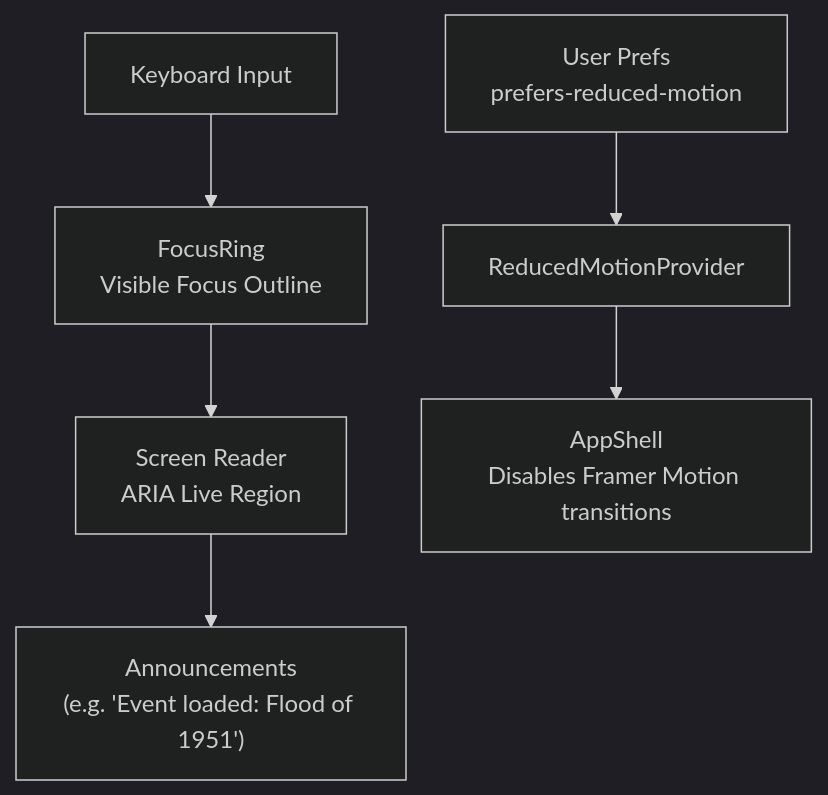
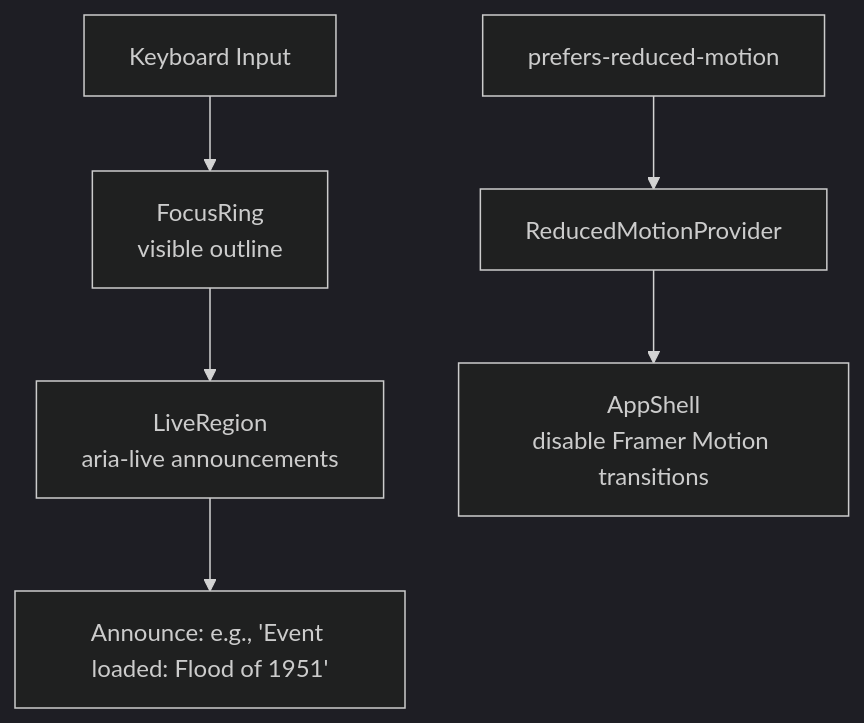
The diagram in web/src/components/Accessibility/README.md (bartytime4life/Kansas-Frontier-Matrix), drawn with Mermaid (dark theme) before and after one commit. The commit also changed other lines of this file, not shown here.

````diff
--- a/web/src/components/Accessibility/README.md
+++ b/web/src/components/Accessibility/README.md
@@ -101,9 +85,9 @@
 ```mermaid
 flowchart TD
-  K["Keyboard Input"] --> F["FocusRing<br/>Visible Focus Outline"]
-  F --> SR["Screen Reader<br/>ARIA Live Region"]
-  SR --> ANN["Announcements<br/>(e.g. 'Event loaded: Flood of 1951')"]
-  PREF["User Prefs<br/>prefers-reduced-motion"] --> RM["ReducedMotionProvider"]
-  RM --> APP["AppShell<br/>Disables Framer Motion transitions"]
+  KB["Keyboard Input"] --> FR["FocusRing<br/>visible outline"]
+  FR --> LR["LiveRegion<br/>aria-live announcements"]
+  LR --> MSG["Announce: e.g., 'Event loaded: Flood of 1951'"]
+  PREF["prefers-reduced-motion"] --> RM["ReducedMotionProvider"]
+  RM --> APP["AppShell<br/>disable Framer Motion transitions"]
 %% END OF MERMAID
 ```
````
